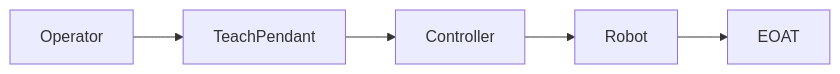
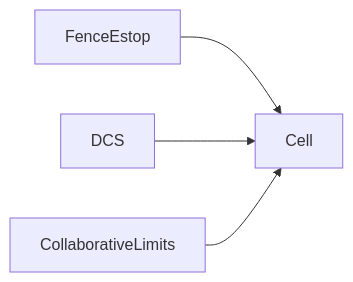
Before and after one commit to girijashankarj/garry-tj-robo-journey: the diagram in docs/fanuc/safety-dcs/overview.md, drawn with Mermaid. The commit also changed other lines of this file and 70 other files, not shown here.

````diff
--- a/docs/fanuc/safety-dcs/overview.md
+++ b/docs/fanuc/safety-dcs/overview.md
@@ -18,9 +22,9 @@
 ```mermaid
 flowchart LR
-  operator[Operator]
-  pendant[TeachPendant]
-  controller[Controller]
-  robot[Robot]
-  eot[EOAT]
-  operator --> pendant --> controller --> robot --> eot
+  fence[FenceEstop]
+  dcs[DCS]
+  cobot[CollaborativeLimits]
+  fence --> cell[Cell]
+  dcs --> cell
+  cobot --> cell
 ```
````
